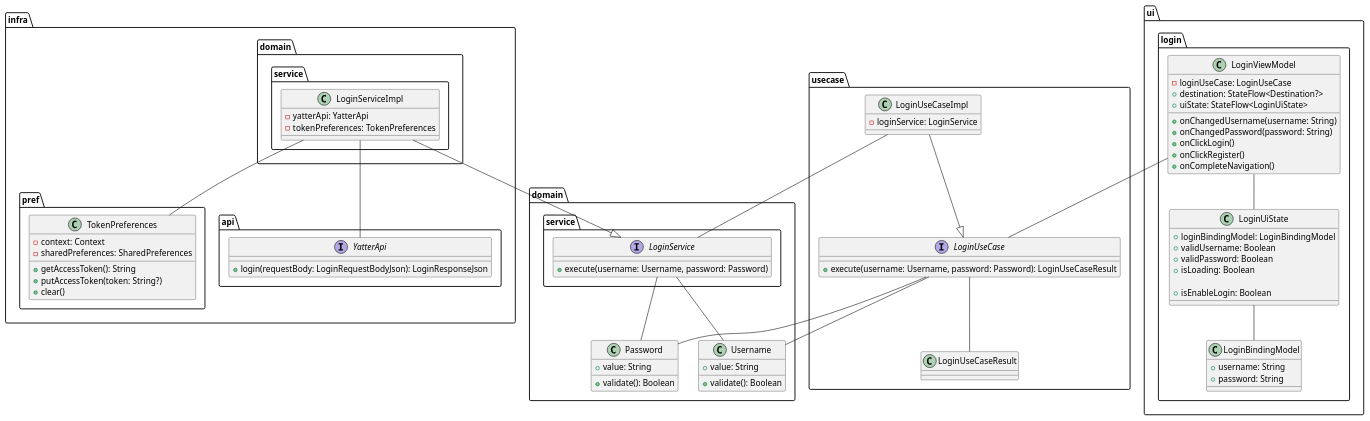
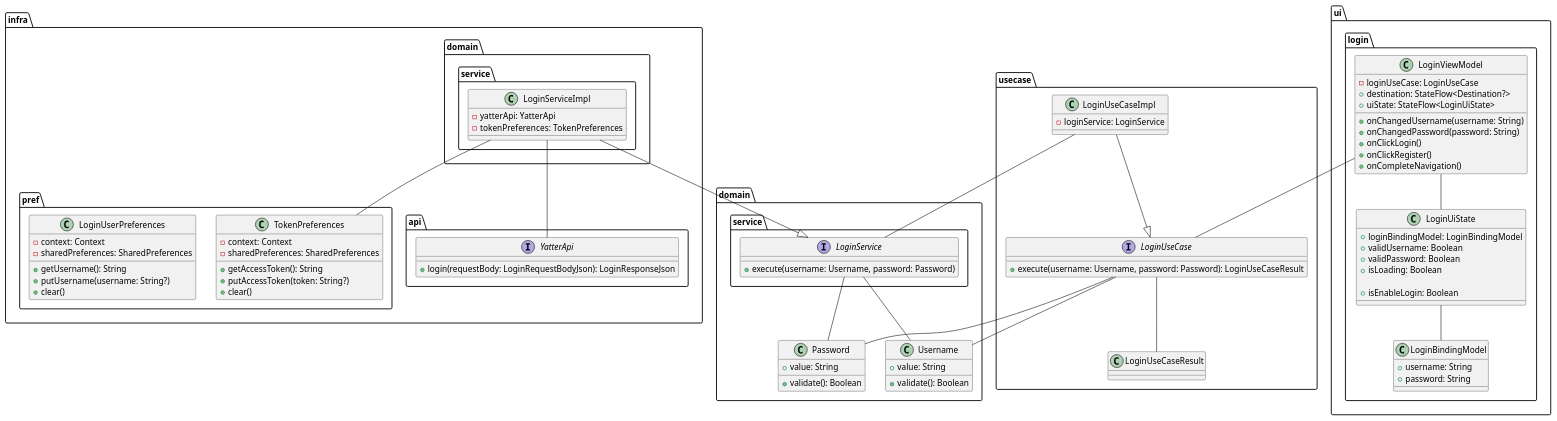
Before and after one commit to suzukibelltree/Yatter2025-Internship: the diagram in design/login.puml, drawn with PlantUML.

Commit message:
ログインに関するpuml更新

```diff
--- a/design/login.puml
+++ b/design/login.puml
@@ -1,107 +1,115 @@
 @startuml
 
 package domain {
   class Password {
     + value: String
     + validate(): Boolean
   }
 
   class Username {
     + value: String
     + validate(): Boolean
   }
 
   package service {
     interface LoginService {
       + execute(username: Username, password: Password)
     }
   }
 }
 
 package infra {
   package pref {
     class TokenPreferences {
       - context: Context
       - sharedPreferences: SharedPreferences
       + getAccessToken(): String
       + putAccessToken(token: String?)
+      + clear()
+    }
+
+    class LoginUserPreferences {
+      - context: Context
+      - sharedPreferences: SharedPreferences
+      + getUsername(): String
+      + putUsername(username: String?)
       + clear()
     }
   }
 
   package domain {
     package service {
       class LoginServiceImpl {
         - yatterApi: YatterApi
         - tokenPreferences: TokenPreferences
       }
     }
   }
 
   package api {
     interface YatterApi {
       + login(requestBody: LoginRequestBodyJson): LoginResponseJson
     }
   }
 }
 
 package usecase {
   interface LoginUseCase {
     + execute(username: Username, password: Password): LoginUseCaseResult
   }
 
   class LoginUseCaseImpl {
     - loginService: LoginService
   }
 
   class LoginUseCaseResult {
   }
 }
 
 package ui {
   package login {
     class LoginViewModel {
       - loginUseCase: LoginUseCase
       + destination: StateFlow<Destination?>
       + uiState: StateFlow<LoginUiState>
 
       + onChangedUsername(username: String)
       + onChangedPassword(password: String)
       + onClickLogin()
       + onClickRegister()
       + onCompleteNavigation()
     }
     class LoginUiState {
       + loginBindingModel: LoginBindingModel
       + validUsername: Boolean
       + validPassword: Boolean
       + isLoading: Boolean
 
       + isEnableLogin: Boolean
     }
     class LoginBindingModel {
       + username: String
       + password: String
     }
   }
 }
 
 LoginServiceImpl -- TokenPreferences
 LoginServiceImpl -- YatterApi
 LoginServiceImpl --|> LoginService
 
 LoginViewModel -- LoginUseCase
 LoginViewModel -- LoginUiState
 LoginUiState -- LoginBindingModel
 
 LoginUseCaseImpl -- LoginService
 LoginUseCaseImpl --|> LoginUseCase
 
 LoginUseCase -- LoginUseCaseResult
 
 LoginUseCase -- Username
 LoginUseCase -- Password
 
 LoginService -- Username
 LoginService -- Password
 @enduml
```
